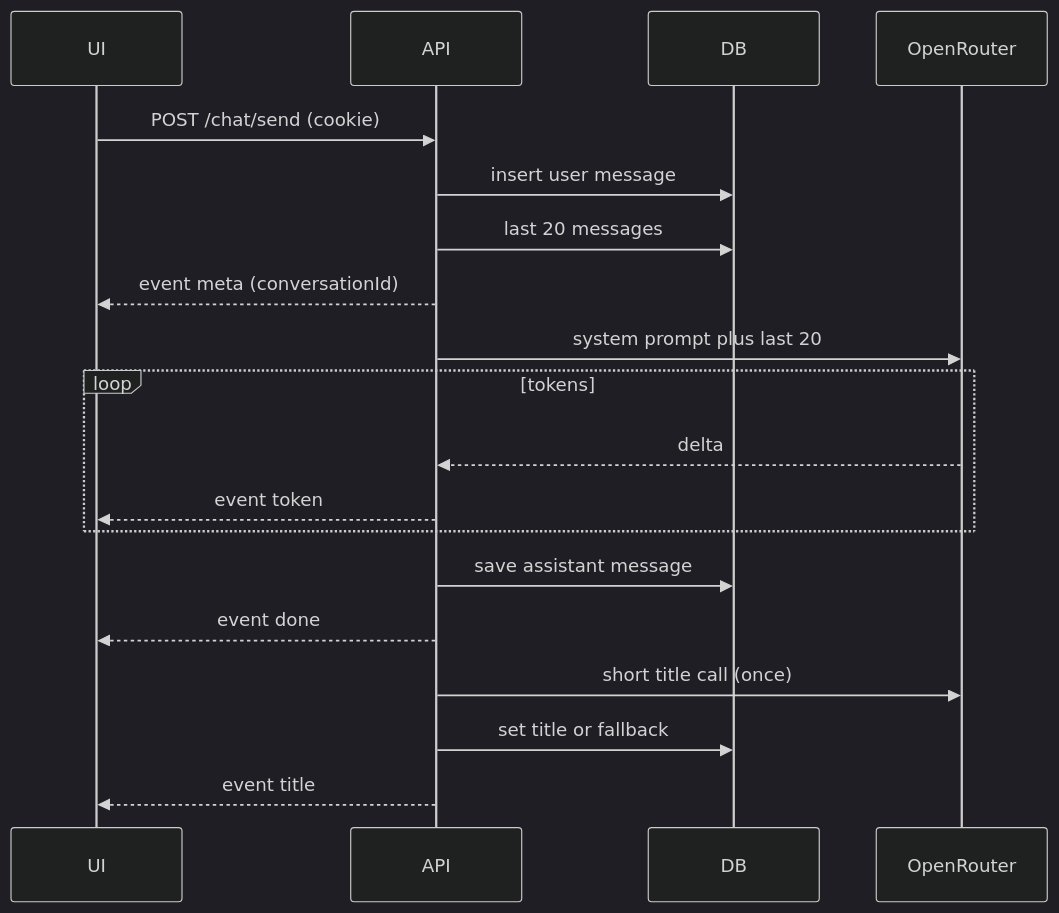
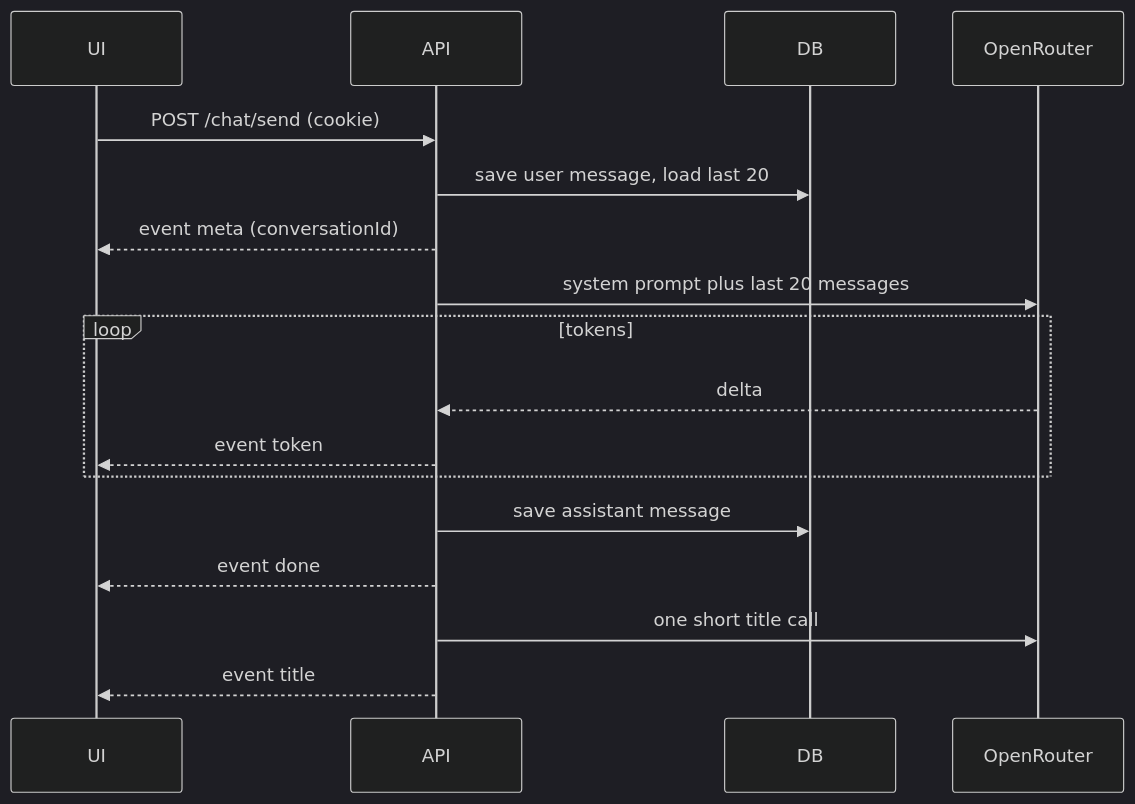
One commit to Sad7920/viral-chat changed the diagram in README.md. Above: the diagram before and after it, drawn with Mermaid (dark theme). The commit also changed other lines of this file, not shown here.

````diff
--- a/README.md
+++ b/README.md
@@ -43,22 +62,21 @@
 ```mermaid
 sequenceDiagram
   participant UI
   participant API
   participant DB
   participant OR as OpenRouter
 
   UI->>API: POST /chat/send (cookie)
-  API->>DB: insert user message
-  API->>DB: last 20 messages
+  API->>DB: save user message, load last 20
   API-->>UI: event meta (conversationId)
-  API->>OR: system prompt plus last 20
+  API->>OR: system prompt plus last 20 messages
   loop tokens
     OR-->>API: delta
     API-->>UI: event token
   end
   API->>DB: save assistant message
   API-->>UI: event done
-  API->>OR: short title call (once)
-  API->>DB: set title or fallback
+  API->>OR: one short title call
   API-->>UI: event title
+
 ```
````
